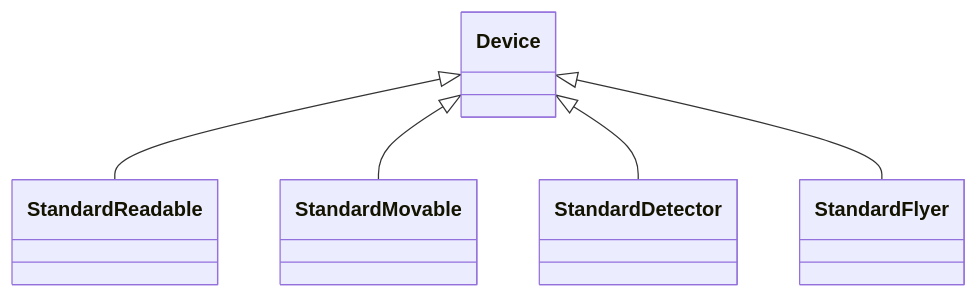
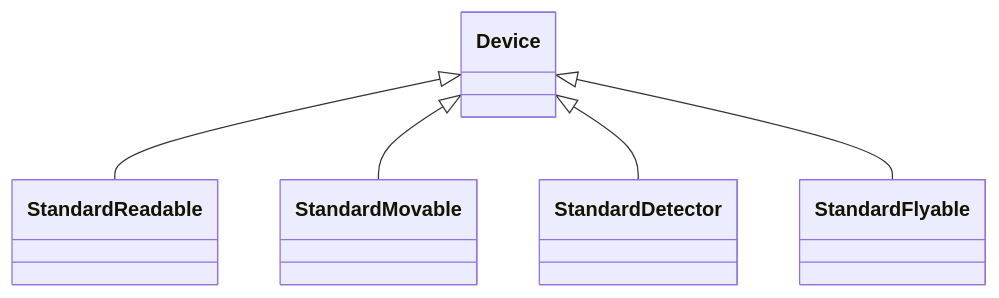
One commit to bluesky/ophyd-async changed the fourth of 4 diagrams in docs/explanations/devices-signals-backends.md. Above: the diagram before and after it, drawn with Mermaid. The commit also changed other lines of this file and 2 other files, not shown here.

Commit message:
docs: teach StandardFlyable/FlyableLogic, update diagrams (#1241)
Update the base-class how-to and the devices/signals/backends explanation to
describe StandardFlyable (composing a FlyableLogic, or FlyableLogic.with_device
for ephemeral flyers) and refresh the class diagram. Drop the [T] from
with_device's forward-ref return annotation so autodoc2 resolves it under
--fail-on-warning.

````diff
--- a/docs/explanations/devices-signals-backends.md
+++ b/docs/explanations/devices-signals-backends.md
@@ -140,9 +140,9 @@
 ```{mermaid}
 :config: { "theme": "neutral" }
 :align: center
 classDiagram
 Device <|-- StandardReadable
 Device <|-- StandardMovable
 Device <|-- StandardDetector
-Device <|-- StandardFlyer
+Device <|-- StandardFlyable
 ```
````
